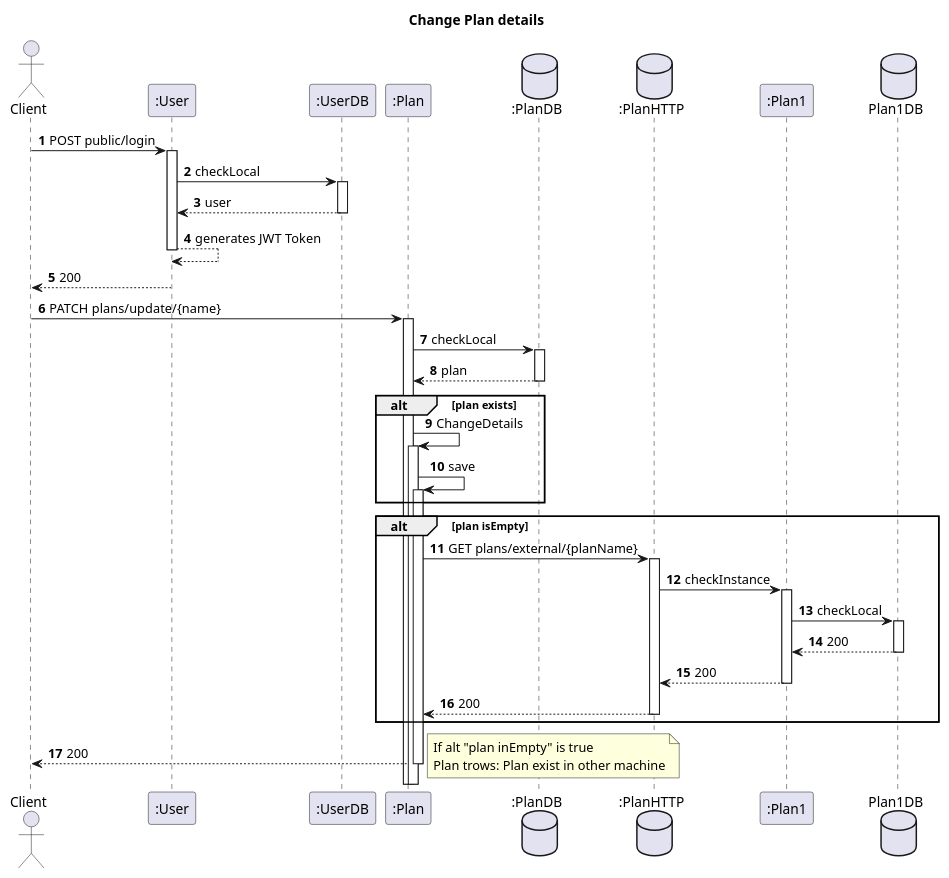
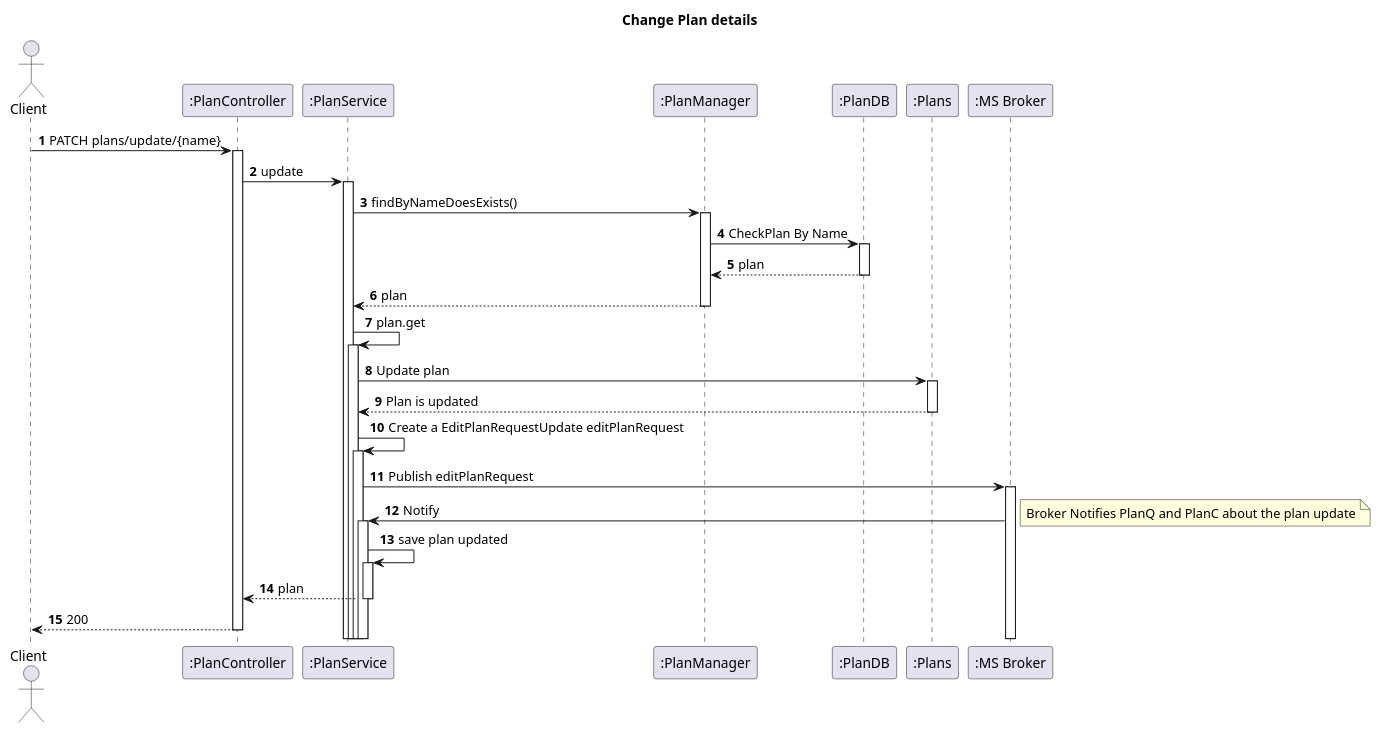
Before and after one commit to IsepMartimOliveira/SIDIS: the diagram in docs_sidis/Segunda_Avalição/Plans/Vista_Logica/N3/UserPlanInteractionUpdate.puml, drawn with PlantUML. The commit also changed 6 other files, not shown here.

```diff
--- a/docs_sidis/Segunda_Avalição/Plans/Vista_Logica/N3/UserPlanInteractionUpdate.puml
+++ b/docs_sidis/Segunda_Avalição/Plans/Vista_Logica/N3/UserPlanInteractionUpdate.puml
@@ -1,55 +1,43 @@
 @startuml
 'https://plantuml.com/sequence-diagram
 autoactivate on
 autonumber
 title  Change Plan details
 
 autonumber
 
 actor "Client" as Ac
-participant ":User" as User
-participant ":UserDB" as Udb
-
-participant ":Plan" as Plan
-database ":PlanDB" as PDB
-database ":PlanHTTP" as PHTTP
-participant ":Plan1" as Plan1
-database "Plan1DB" as PDB1
+participant ":PlanController" as PlanController
+participant ":PlanService" as PService
+participant ":PlanManager" as PManager
+participant ":PlanDB" as PDB
+participant ":Plans" as Plan
+participant ":MS Broker" as Broker
 
 
 
 
-Ac->User: POST public/login
-User->Udb:checkLocal
-Udb-->User:user
-User-->User:generates JWT Token
-User-->Ac:200
-Ac->Plan:PATCH plans/update/{name}
-Plan->PDB:checkLocal
-PDB-->Plan:plan
-alt plan exists
-Plan->Plan:ChangeDetails
-Plan->Plan:save
 
-end
 
-alt plan isEmpty
-Plan->PHTTP:GET plans/external/{planName}
-PHTTP->Plan1:checkInstance
-Plan1->PDB1:checkLocal
+Ac->PlanController:PATCH plans/update/{name}
+PlanController->PService:update
+PService->PManager:findByNameDoesExists()
+PManager->PDB:CheckPlan By Name
+PDB-->PManager:plan
+PManager-->PService:plan
+PService->PService:plan.get
+PService->Plan:Update plan
+Plan-->PService:Plan is updated
+PService->PService: Create a EditPlanRequestUpdate editPlanRequest
+PService->Broker:Publish editPlanRequest
+Broker->PService:Notify
+note right
+Broker Notifies PlanQ and PlanC about the plan update
+end note
+PService->PService:save plan updated
+PService-->PlanController:plan
+PlanController-->Ac:200
 
-PDB1-->Plan1:200
-deactivate PDB1
-Plan1-->PHTTP:200
-PHTTP-->Plan:200
-end
-
-Plan-->Ac:200
-
-note right
-If alt "plan inEmpty" is true
-Plan trows: Plan exist in other machine
-end note
 
 
 @enduml
```
